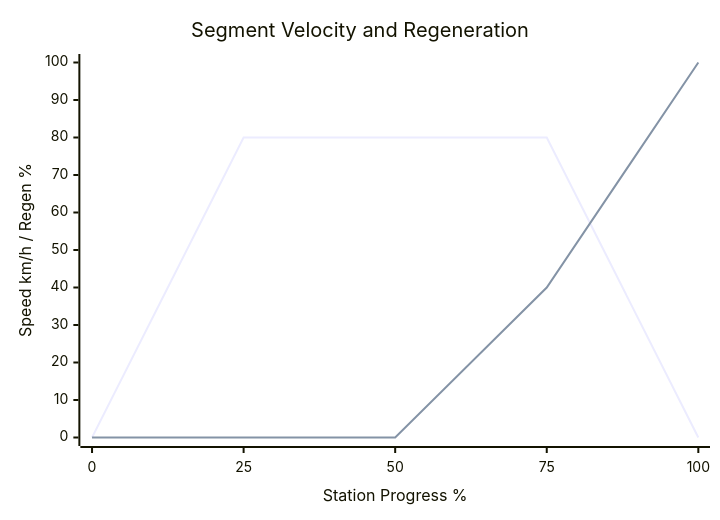
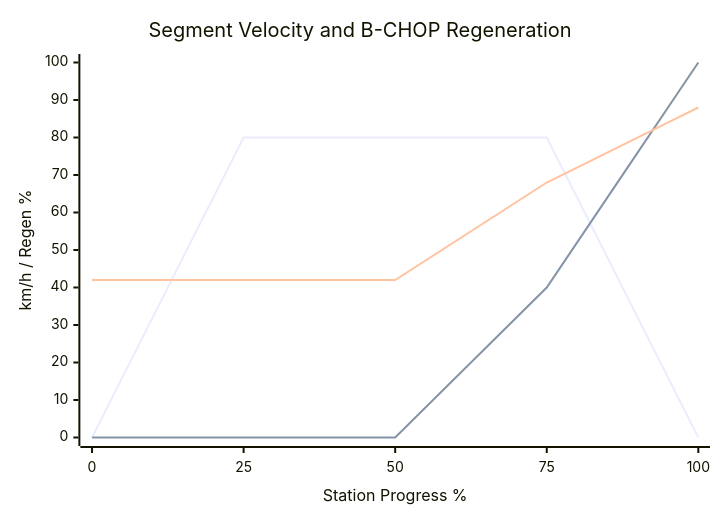
The third of 6 diagrams in hmax-lite/docs/architecture.md (AngelP17/rail), drawn with Mermaid before and after one commit. The commit also changed other lines of this file and 19 other files, not shown here.

````diff
--- a/hmax-lite/docs/architecture.md
+++ b/hmax-lite/docs/architecture.md
@@ -66,8 +109,9 @@
 ```mermaid
 xychart-beta
-    title "Segment Velocity and Regeneration"
+    title "Segment Velocity and B-CHOP Regeneration"
     x-axis "Station Progress %" [0, 25, 50, 75, 100]
-    y-axis "Speed km/h / Regen %" 0 --> 100
+    y-axis "km/h / Regen % " 0 --> 100
     line "Speed" [0, 80, 80, 80, 0]
-    line "B-CHOP" [0, 0, 0, 40, 100]
+    line "B-CHOP Active" [0, 0, 0, 40, 100]
+    line "Brake Temp" [42, 42, 42, 68, 88]
 ```
````
